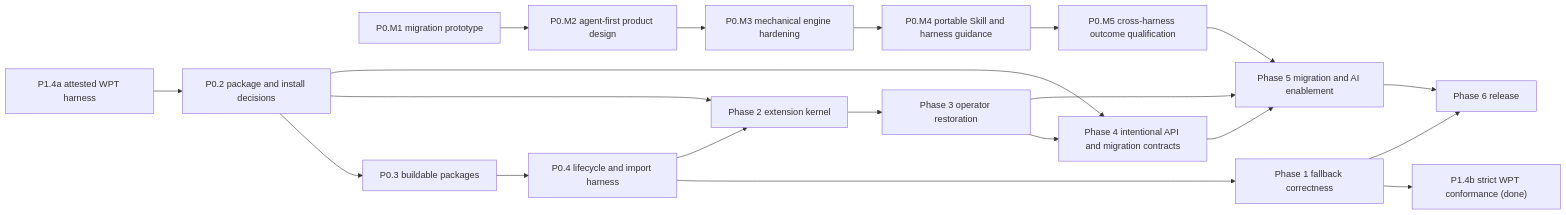
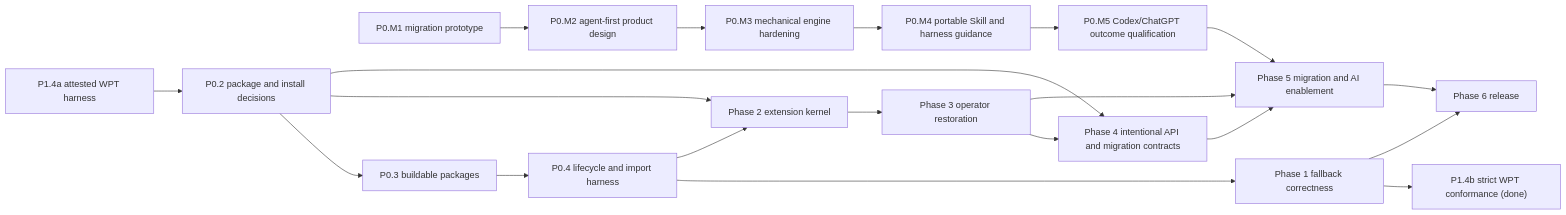
The diagram in docs/rxjs-next/PROJECT_PLAN.md (ReactiveX/rxjs), drawn with Mermaid before and after one commit. The commit also changed other lines of this file and 7 other files, not shown here.

````diff
--- a/docs/rxjs-next/PROJECT_PLAN.md
+++ b/docs/rxjs-next/PROJECT_PLAN.md
@@ -1070,22 +1074,22 @@
 ```mermaid
 flowchart LR
     MigratePrototype["P0.M1 migration prototype"] --> MigrationDesign["P0.M2 agent-first product design"]
     MigrationDesign --> Mechanical["P0.M3 mechanical engine hardening"]
     Mechanical --> PortableSkill["P0.M4 portable Skill and harness guidance"]
-    PortableSkill --> AgentQualification["P0.M5 cross-harness outcome qualification"]
+    PortableSkill --> AgentQualification["P0.M5 Codex/ChatGPT outcome qualification"]
     WptHarness["P1.4a attested WPT harness"] --> Boundary["P0.2 package and install decisions"]
     Boundary --> Build["P0.3 buildable packages"]
     Build --> Harness["P0.4 lifecycle and import harness"]
     Harness --> Fallback["Phase 1 fallback correctness"]
     Fallback --> WptStrict["P1.4b strict WPT conformance (done)"]
     Boundary --> Kernel["Phase 2 extension kernel"]
     Harness --> Kernel
     Kernel --> Operators["Phase 3 operator restoration"]
     Boundary --> Evidence["Phase 4 intentional API and migration contracts"]
     Operators --> Evidence
     Evidence --> Migration["Phase 5 migration and AI enablement"]
     Operators --> Migration
     AgentQualification --> Migration
     Fallback --> Release["Phase 6 release"]
     Migration --> Release
 ```
````
